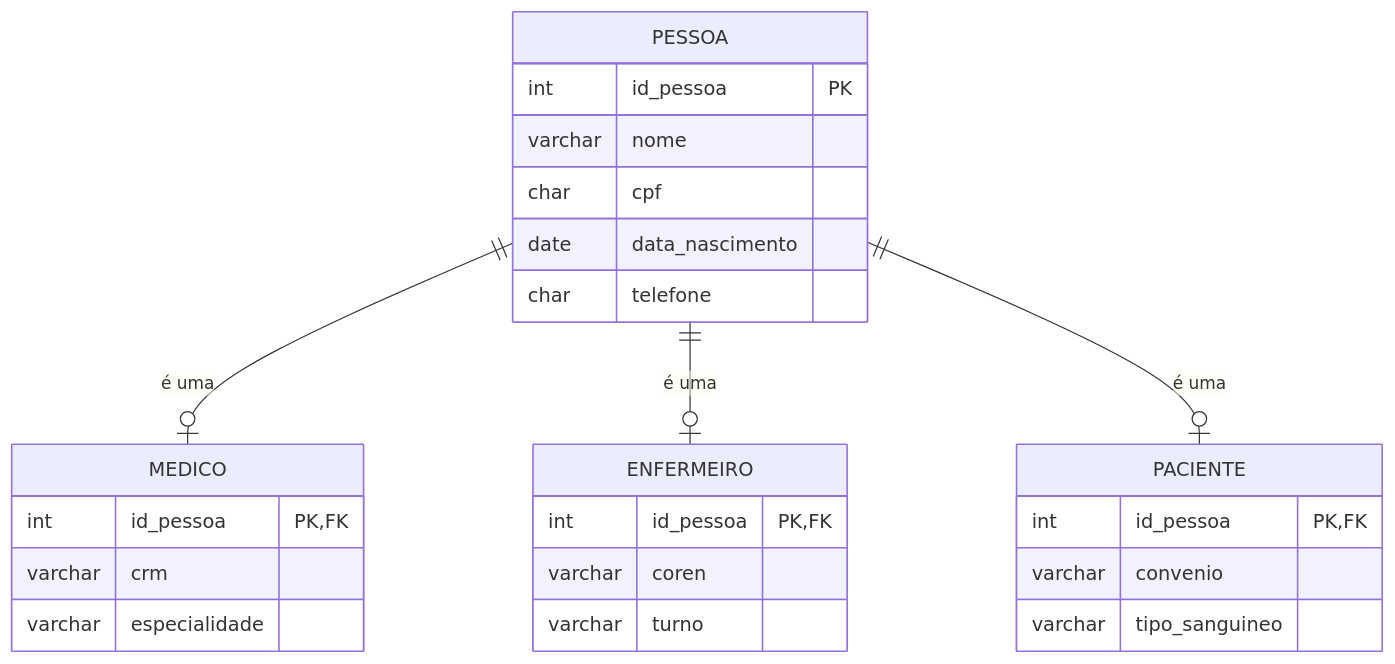
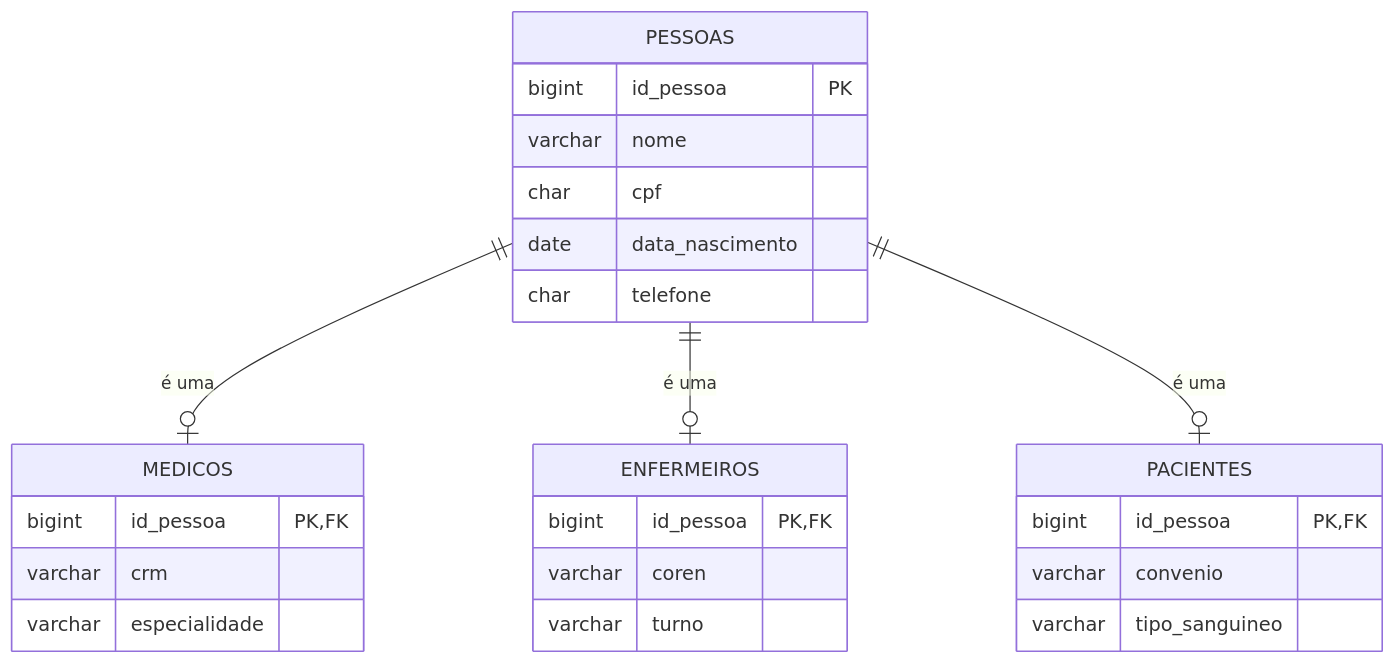
Before and after one commit to DSM-Fatec-Jahu/Banco-de-Dados-Relacional-IBD015: the fourth of 8 diagrams in aulas/Aula_01_Revisao_Modelagem_Conceitual.md, drawn with Mermaid. The commit also changed other lines of this file, not shown here.

````diff
--- a/aulas/Aula_01_Revisao_Modelagem_Conceitual.md
+++ b/aulas/Aula_01_Revisao_Modelagem_Conceitual.md
@@ -345,32 +345,32 @@
 ```mermaid
 erDiagram
-    PESSOA {
-        int id_pessoa PK
+    PESSOAS {
+        bigint id_pessoa PK
         varchar nome
         char cpf
         date data_nascimento
         char telefone
     }
 
-    MEDICO {
-        int id_pessoa PK, FK
+    MEDICOS {
+        bigint id_pessoa PK, FK
         varchar crm
         varchar especialidade
     }
 
-    ENFERMEIRO {
-        int id_pessoa PK, FK
+    ENFERMEIROS {
+        bigint id_pessoa PK, FK
         varchar coren
         varchar turno
     }
 
-    PACIENTE {
-        int id_pessoa PK, FK
+    PACIENTES {
+        bigint id_pessoa PK, FK
         varchar convenio
         varchar tipo_sanguineo
     }
 
-    PESSOA ||--o| MEDICO      : "é uma"
-    PESSOA ||--o| ENFERMEIRO  : "é uma"
-    PESSOA ||--o| PACIENTE    : "é uma"
+    PESSOAS ||--o| MEDICOS      : "é uma"
+    PESSOAS ||--o| ENFERMEIROS  : "é uma"
+    PESSOAS ||--o| PACIENTES    : "é uma"
 ```
````
